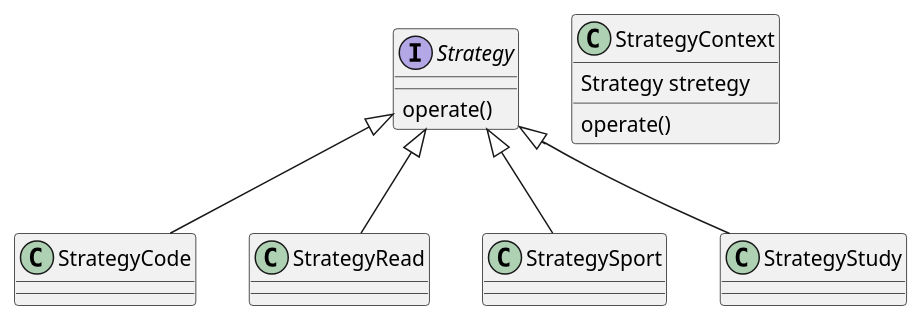
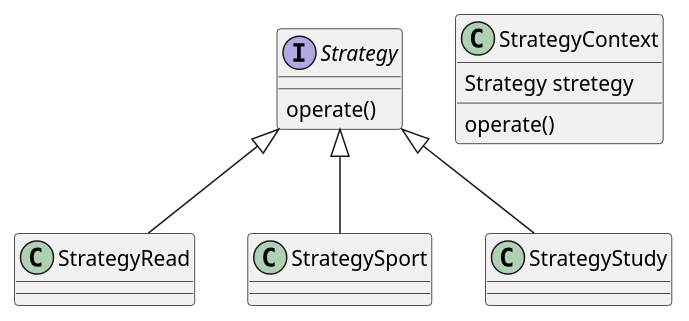
Before and after one commit to jackycheng86/design-patterns: the diagram in src/main/java/strategy/Strategy.puml, drawn with PlantUML. The commit also changed 6 other files, not shown here.

```diff
--- a/src/main/java/strategy/Strategy.puml
+++ b/src/main/java/strategy/Strategy.puml
@@ -1,26 +1,23 @@
 @startuml
 
 interface Strategy{
 operate()
 }
 
-class StrategyCode {
-}
 class StrategyRead{
 }
 class StrategySport{
 }
 class StrategyStudy{
 }
 
 class StrategyContext{
     Strategy stretegy
     operate()
 }
 
-Strategy <|-- StrategyCode
 Strategy <|-- StrategyRead
 Strategy <|-- StrategySport
 Strategy <|-- StrategyStudy
 
 @enduml
```
